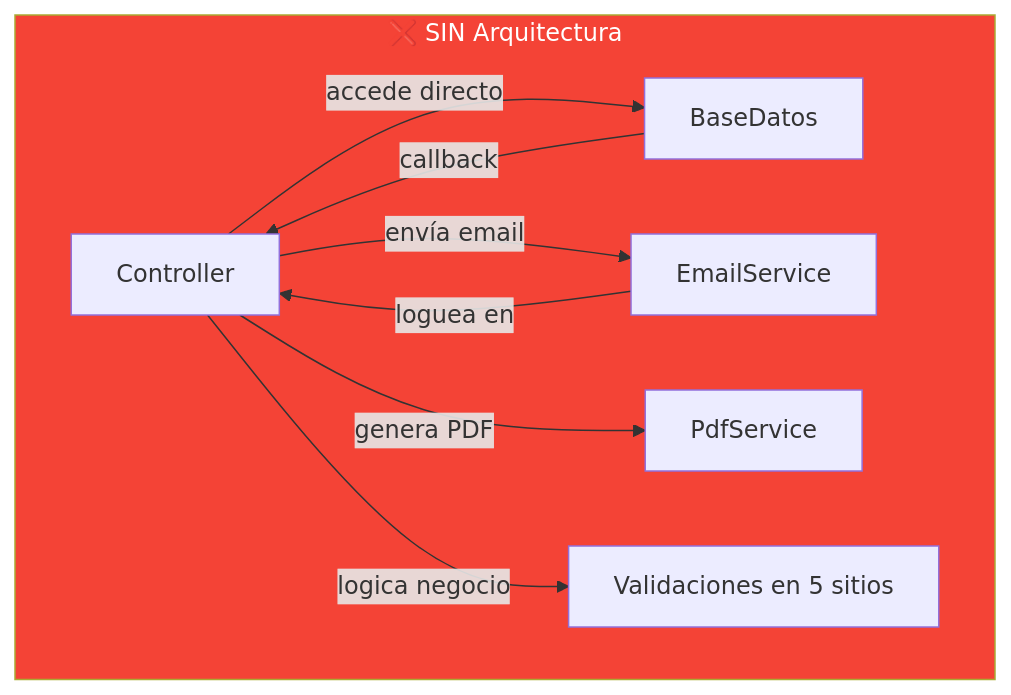
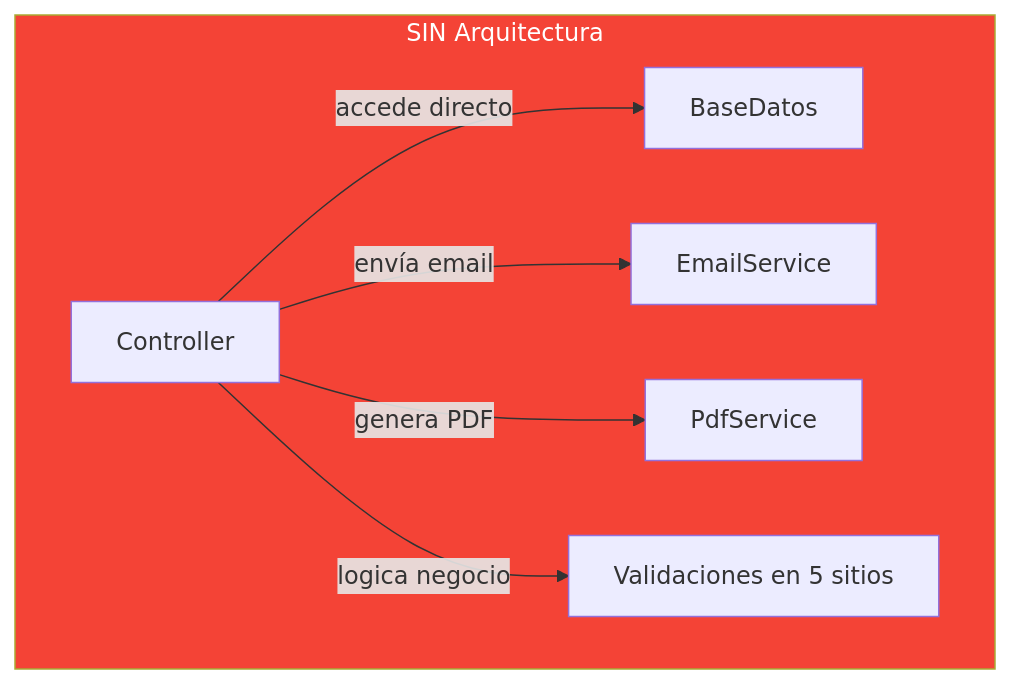
Before and after one commit to joseluisgs/DesarrolloWebEntornosServidor-02-2026-2027: the first of 5 diagrams in 11-clean-architecture.md, drawn with Mermaid. The commit also changed other lines of this file and 1 other file, not shown here.

Commit message:
[fix] Punto 10: añadir Reto. Punto 11: reescribir con estilo correcto (Buenas prácticas, Reto, Mermaid, 📌 Ejemplo real)

````diff
--- a/11-clean-architecture.md
+++ b/11-clean-architecture.md
@@ -53,13 +53,11 @@
 ```mermaid
 flowchart TD
-    subgraph MAL["❌ SIN Arquitectura"]
+    subgraph MAL["SIN Arquitectura"]
         A1["Controller"] -->|"accede directo"| B1["BaseDatos"]
         A1 -->|"envía email"| C1["EmailService"]
         A1 -->|"genera PDF"| D1["PdfService"]
         A1 -->|"logica negocio"| E1["Validaciones en 5 sitios"]
-        B1 -->|"callback"| A1
-        C1 -->|"loguea en"| A1
     end
 
     style MAL fill:#f44336,color:#fff
 ```
````
